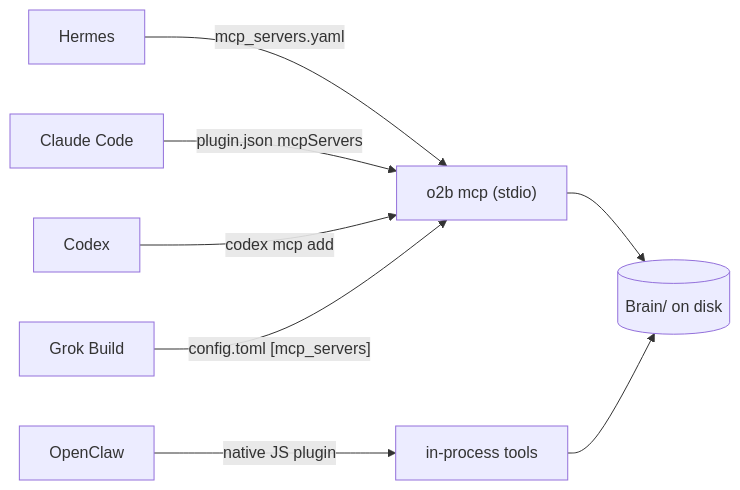
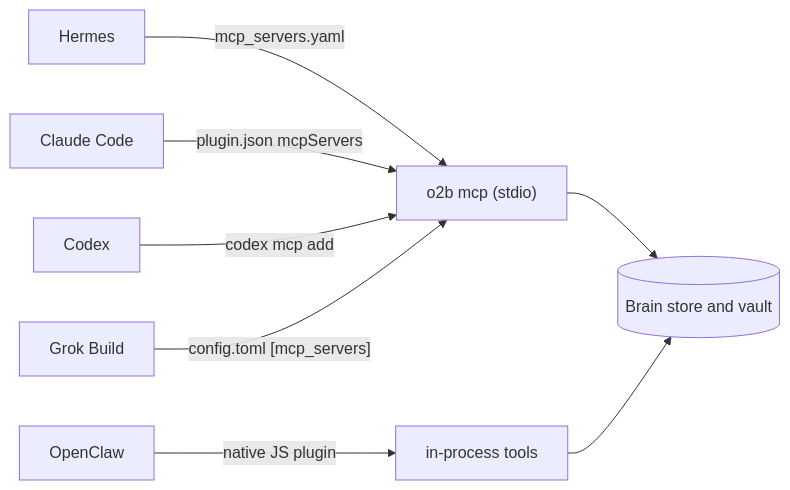
One commit to itechmeat/open-second-brain changed the tenth of 13 diagrams in docs/how-it-works.md. Above: the diagram before and after it, drawn with Mermaid. The commit also changed other lines of this file and 65 other files, not shown here.

````diff
--- a/docs/how-it-works.md
+++ b/docs/how-it-works.md
@@ -1273,10 +1322,10 @@
 ```mermaid
 graph LR
     Hermes -- "mcp_servers.yaml" --> Stdio["o2b mcp (stdio)"]
     ClaudeCode["Claude Code"] -- "plugin.json mcpServers" --> Stdio
     Codex -- "codex mcp add" --> Stdio
     GrokBuild["Grok Build"] -- "config.toml [mcp_servers]" --> Stdio
     OpenClaw -- "native JS plugin" --> InProc["in-process tools"]
-    Stdio --> Vault[(Brain/ on disk)]
+    Stdio --> Vault[(Brain store and vault)]
     InProc --> Vault
 ```
````
